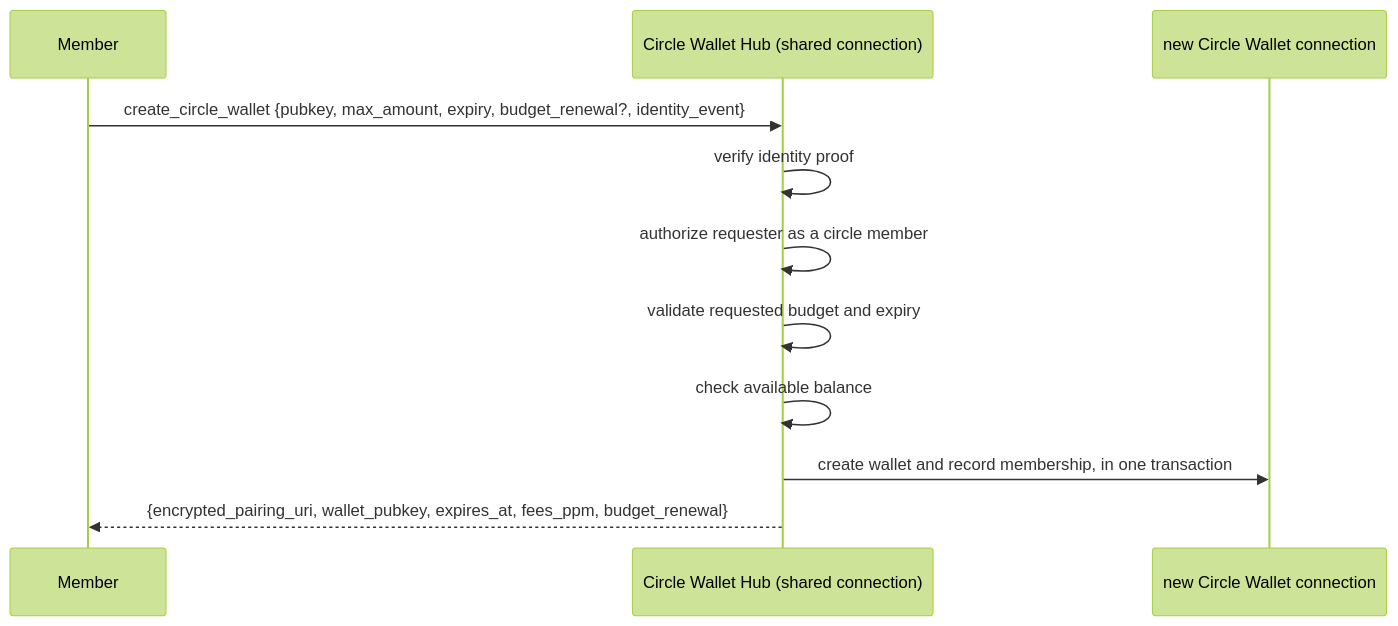
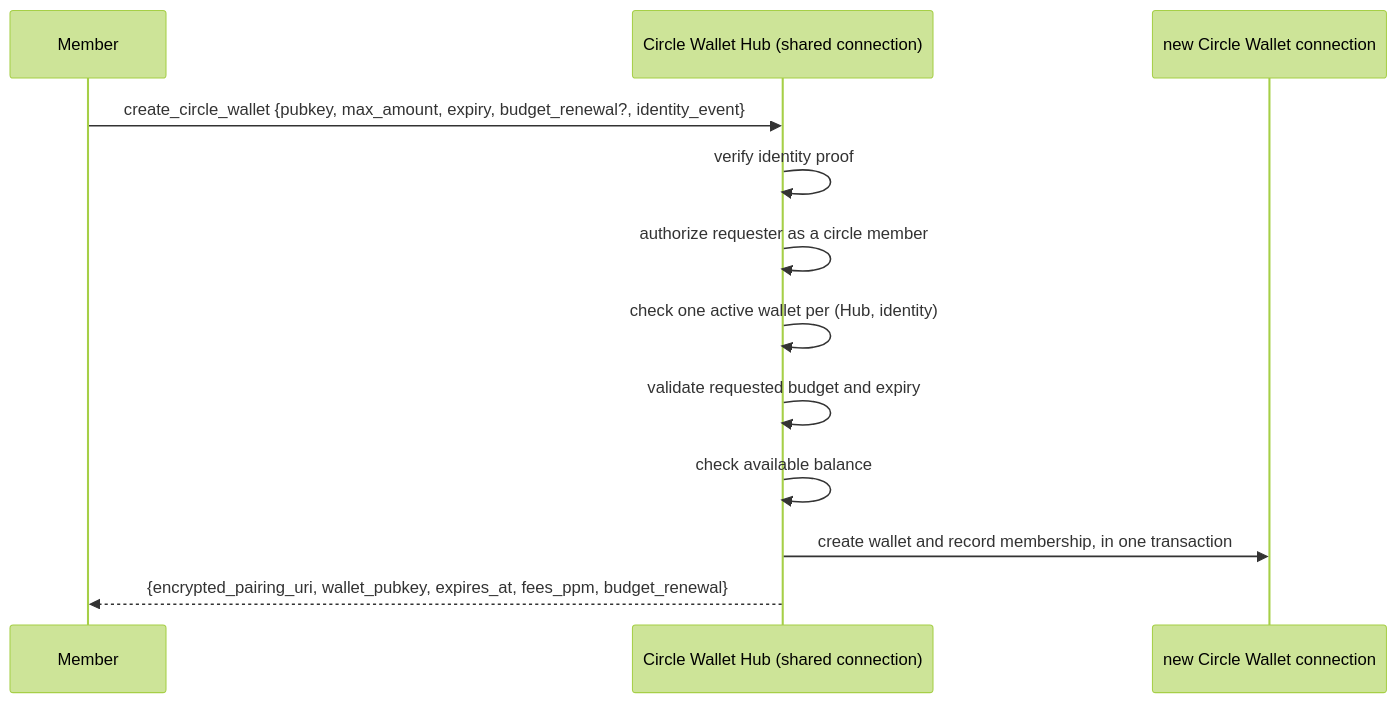
One commit to flokiorg/lokihub changed the first of 2 diagrams in docs/nips/NIP-CW.md. Above: the diagram before and after it, drawn with Mermaid (forest theme). The commit also changed other lines of this file, not shown here.

First line of the commit message:
docs(nip-cw): round 11 — a missing diagram step and an undefined-but-normative field

````diff
--- a/docs/nips/NIP-CW.md
+++ b/docs/nips/NIP-CW.md
@@ -149,14 +149,15 @@
 ```mermaid
 sequenceDiagram
     participant Member
     participant Hub as Circle Wallet Hub (shared connection)
     participant Wallet as new Circle Wallet connection
 
     Member->>Hub: create_circle_wallet {pubkey, max_amount, expiry, budget_renewal?, identity_event}
     Hub->>Hub: verify identity proof
     Hub->>Hub: authorize requester as a circle member
+    Hub->>Hub: check one active wallet per (Hub, identity)
     Hub->>Hub: validate requested budget and expiry
     Hub->>Hub: check available balance
     Hub->>Wallet: create wallet and record membership, in one transaction
     Hub-->>Member: {encrypted_pairing_uri, wallet_pubkey, expires_at, fees_ppm, budget_renewal}
 ```
````
